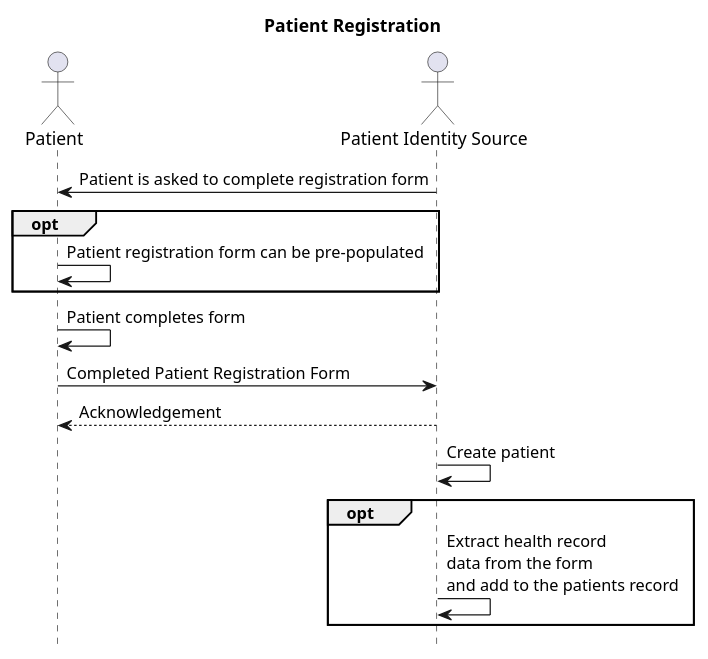
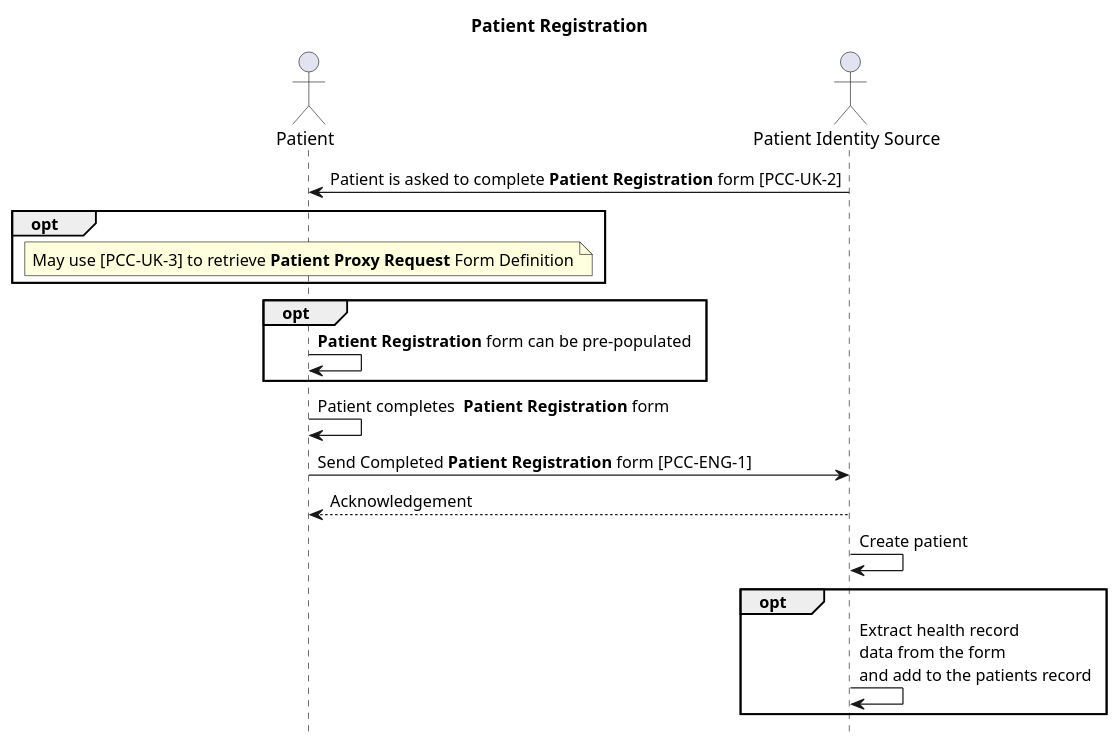
The diagram in NHSEnglandProgrammeImplementationGuides/backup/guides/NHS-England-Demographics-Implementation-Guide/Home/Use-Cases/Patient-Registration/Actors-Transactions-and-Content-Modules.page.md (NHSDigital/IOPS-FHIR-Simplifier-Backup), drawn with PlantUML before and after one commit. The commit also changed 43 other files, not shown here.

```diff
--- a/NHSEnglandProgrammeImplementationGuides/backup/guides/NHS-England-Demographics-Implementation-Guide/Home/Use-Cases/Patient-Registration/Actors-Transactions-and-Content-Modules.page.md
+++ b/NHSEnglandProgrammeImplementationGuides/backup/guides/NHS-England-Demographics-Implementation-Guide/Home/Use-Cases/Patient-Registration/Actors-Transactions-and-Content-Modules.page.md
@@ -17,21 +17,24 @@
 @startuml
 
 hide footbox
 
 title Patient Registration
 
 actor "Patient" as patient
 actor "Patient Identity Source" as source
 
-source -> patient: Patient is asked to complete registration form
+source -> patient: Patient is asked to complete **Patient Registration** form [PCC-UK-2]
 opt
-  patient -> patient: Patient registration form can be pre-populated
+note over patient: May use [PCC-UK-3] to retrieve **Patient Proxy Request** Form Definition
 end
-patient -> patient : Patient completes form
-patient -> source: Completed Patient Registration Form
+opt
+  patient -> patient: **Patient Registration** form can be pre-populated
+end
+patient -> patient : Patient completes  **Patient Registration** form
+patient -> source: Send Completed **Patient Registration** form [PCC-ENG-1]
 source --> patient: Acknowledgement
 source -> source: Create patient
 opt
 source -> source: Extract health record\ndata from the form \nand add to the patients record
 end
 @enduml
```
